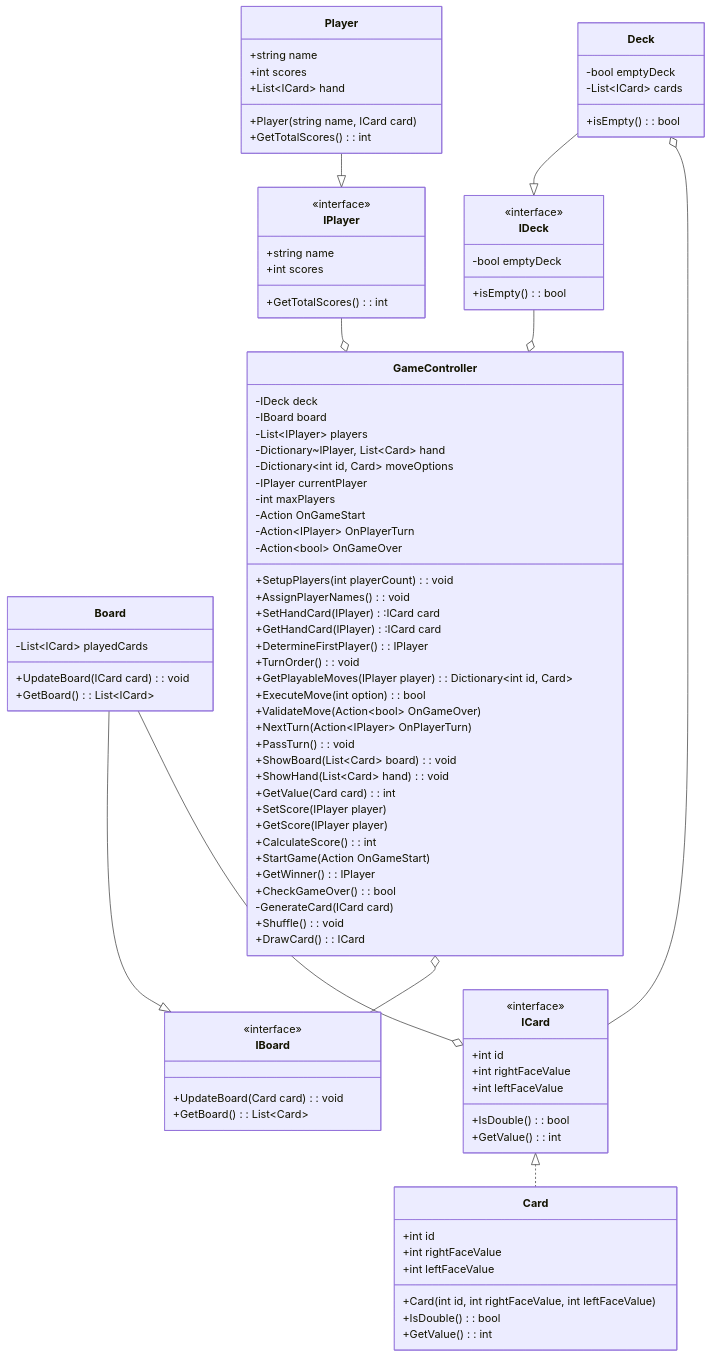
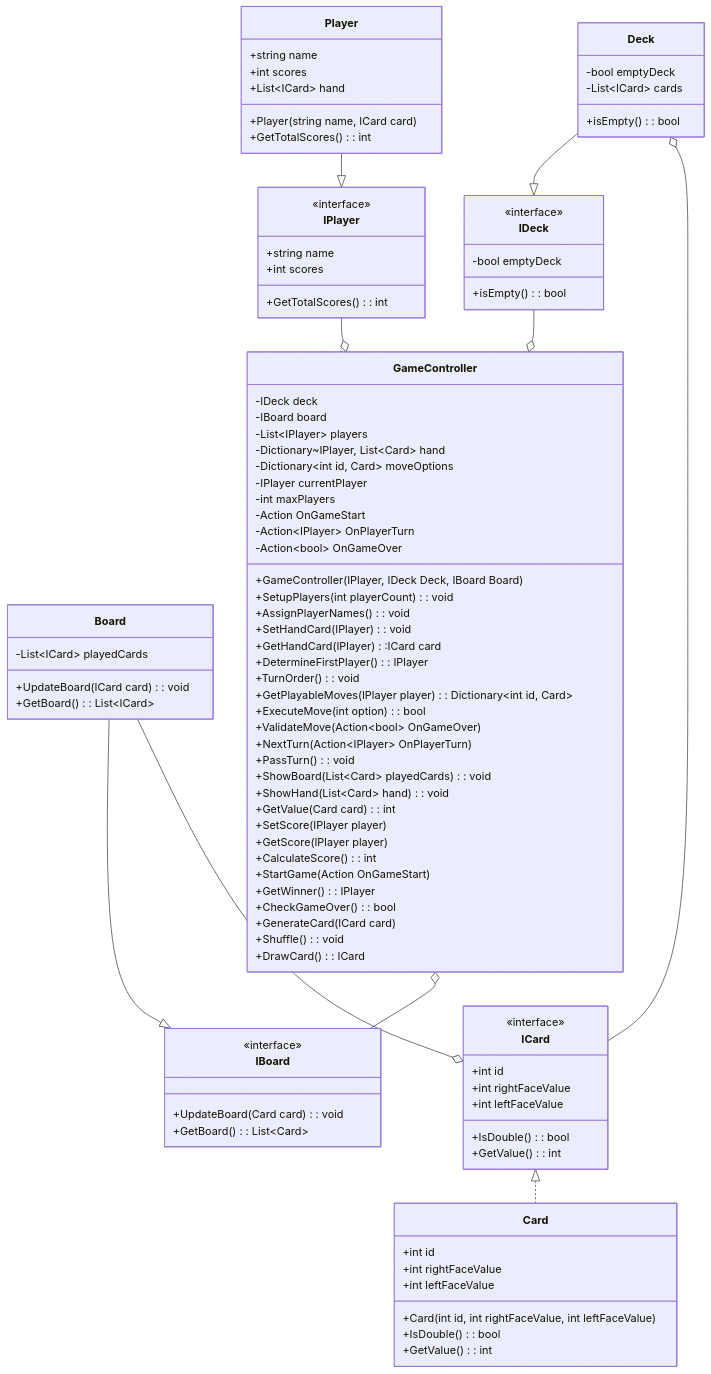
Before and after one commit to RavenFajar/bootCamp13: the diagram in Day6/DiagramClassProject/Domino.mmd, drawn with Mermaid.

Commit message:
Revisi 2 Jumat Domino.mmd

```diff
--- a/Day6/DiagramClassProject/Domino.mmd
+++ b/Day6/DiagramClassProject/Domino.mmd
@@ -1,95 +1,96 @@
 classDiagram
 class IPlayer{
     <<interface>>
     +string name
     +int scores
     +GetTotalScores() : int
 }
 class Player{
     +string name
     +int scores
     +List~ICard~ hand
     +Player(string name, ICard card)
     +GetTotalScores() : int
 }
 class ICard{
     <<interface>>
     +int id
     +int rightFaceValue
     +int leftFaceValue 
     +IsDouble() : bool
     +GetValue() : int
 }
 class IDeck{
     <<interface>>
     -bool emptyDeck
     +isEmpty() : bool
 }
 class IBoard{
     <<interface>>
     +UpdateBoard(Card card) : void
     +GetBoard() : List~Card~
    
 }
 class Deck{
     -bool emptyDeck
     -List~ICard~ cards
     +isEmpty() : bool
 }
 class Board{
     -List~ICard~ playedCards
     +UpdateBoard(ICard card) : void
     +GetBoard() : List~ICard~
 }
 class Card{
     +int id
     +int rightFaceValue
     +int leftFaceValue   
     +Card(int id, int rightFaceValue, int leftFaceValue) 
     +IsDouble() : bool
     +GetValue() : int
 }
 class GameController{
     -IDeck deck
     -IBoard board
     -List~IPlayer~ players
     -Dictionary~IPlayer, List~Card~ hand
     -Dictionary~int id, Card~ moveOptions
     -IPlayer currentPlayer
     -int maxPlayers
     -Action OnGameStart
     -Action~IPlayer~ OnPlayerTurn
     -Action~bool~ OnGameOver
+    +GameController(IPlayer, IDeck Deck, IBoard Board)
     +SetupPlayers(int playerCount) : void
     +AssignPlayerNames() : void
-    +SetHandCard(IPlayer):ICard card
+    +SetHandCard(IPlayer): void
     +GetHandCard(IPlayer):ICard card
     +DetermineFirstPlayer() : IPlayer
     +TurnOrder() : void
     +GetPlayableMoves(IPlayer player) : Dictionary~int id, Card~
     +ExecuteMove(int option) : bool
     +ValidateMove(Action~bool~ OnGameOver)
     +NextTurn(Action~IPlayer~ OnPlayerTurn)
     +PassTurn() : void
-    +ShowBoard(List~Card~ board) : void
+    +ShowBoard(List~Card~ playedCards) : void
     +ShowHand(List~Card~ hand) : void
     +GetValue(Card card) : int
     +SetScore(IPlayer player)
     +GetScore(IPlayer player)
     +CalculateScore() : int
     +StartGame(Action OnGameStart)
     +GetWinner() : IPlayer
     +CheckGameOver() : bool
-    -GenerateCard(ICard card)
+    +GenerateCard(ICard card)
     +Shuffle() : void
     +DrawCard() : ICard
 }
 IPlayer --o GameController 
 IDeck --o GameController
 GameController o-- IBoard
 Deck --|> IDeck 
 Board --|> IBoard 
 Player --|> IPlayer 
 Deck o-- ICard
 Board --o ICard
 ICard <|.. Card 
```
